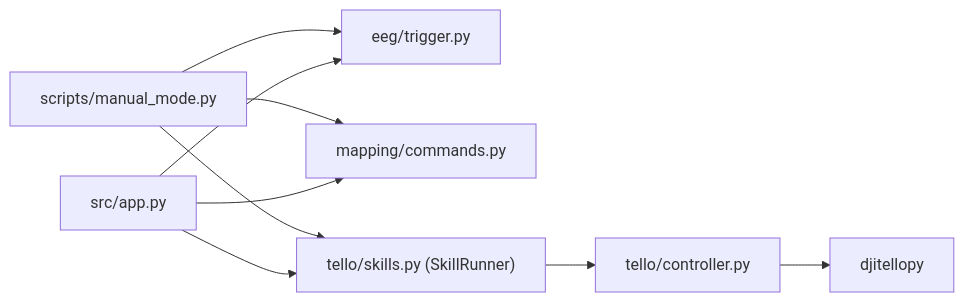
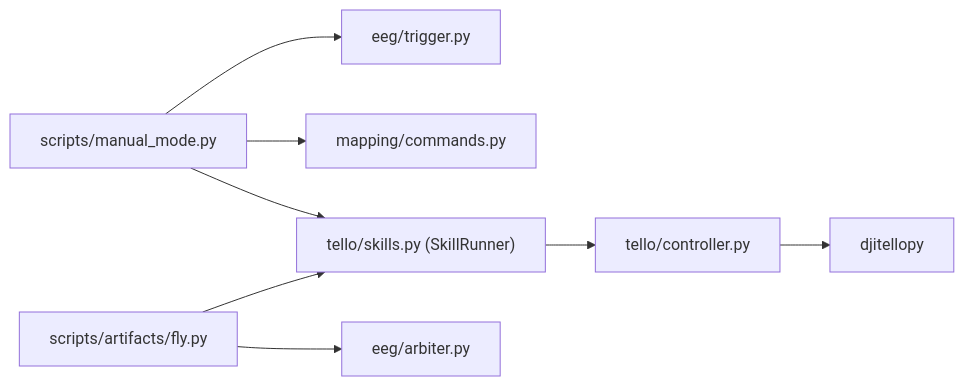
One commit to Axeseller/MindWeavers changed the second of 2 diagrams in docs/skills_plan/README.md. Above: the diagram before and after it, drawn with Mermaid. The commit also changed 9 other files, not shown here.

Commit message:
refactor(app): retire legacy EEG control pipeline

````diff
--- a/docs/skills_plan/README.md
+++ b/docs/skills_plan/README.md
@@ -42,11 +42,10 @@
 ```mermaid
 flowchart LR
   ManualMode["scripts/manual_mode.py"] --> Trigger["eeg/trigger.py"]
   ManualMode --> Mapper["mapping/commands.py"]
   ManualMode --> Skills["tello/skills.py (SkillRunner)"]
-  App["src/app.py"] --> Trigger
-  App --> Mapper
-  App --> Skills
+  ArtifactFly["scripts/artifacts/fly.py"] --> Arbiter["eeg/arbiter.py"]
+  ArtifactFly --> Skills
   Skills --> Controller["tello/controller.py"]
   Controller --> SDK["djitellopy"]
 ```
````
